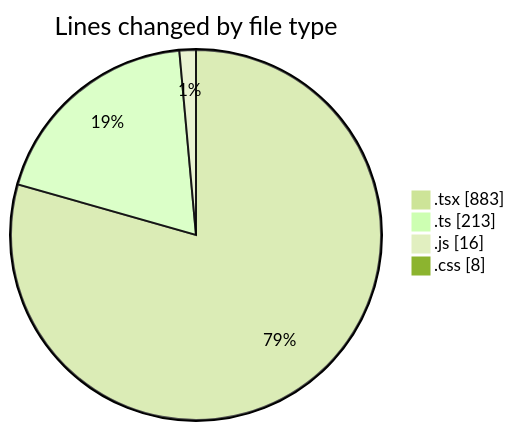
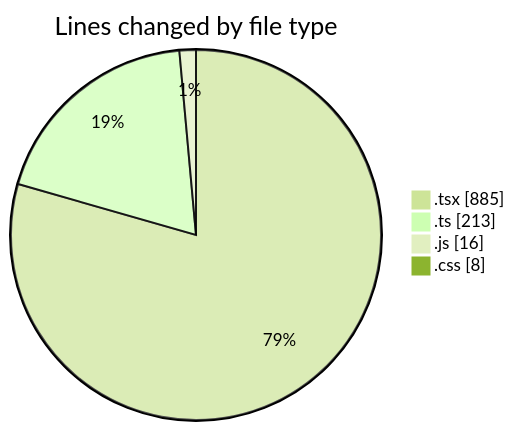
One commit to robertbonfada/code-tracking changed the first of 2 diagrams in 2025-01-17/mbc-web/README.md. Above: the diagram before and after it, drawn with Mermaid (forest theme). The commit also changed other lines of this file and 1 other file, not shown here.

````diff
--- a/2025-01-17/mbc-web/README.md
+++ b/2025-01-17/mbc-web/README.md
@@ -31,8 +31,8 @@
 ```mermaid
 pie showData
 title Lines changed by file type
-".tsx" : 883
+".tsx" : 885
 ".ts" : 213
 ".js" : 16
 ".css" : 8
 ```
````
